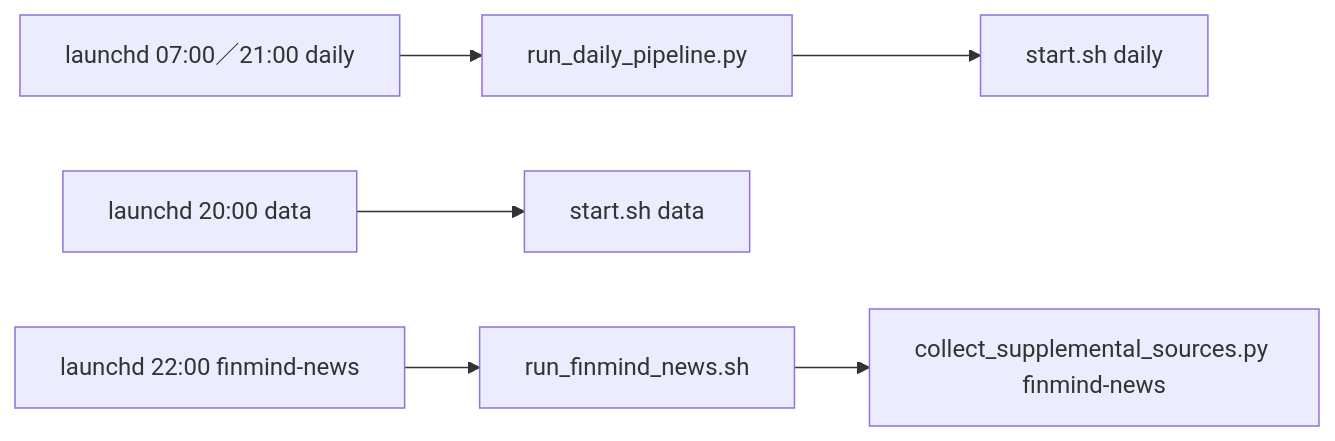
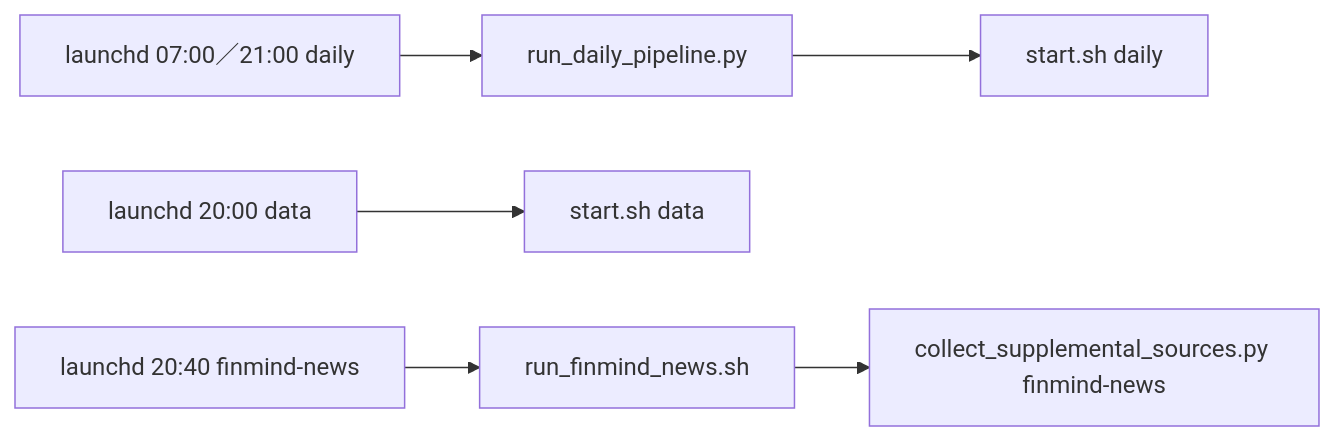
Before and after one commit to zxcvb8885123/ETF-AGENTS: the second of 2 diagrams in scripts/README.md, drawn with Mermaid. The commit also changed other lines of this file and 2 other files, not shown here.

Commit message:
#103 個股新聞排程由 22:00 提前到平日 20:40
Date: 27 Oct
Start: 19:00
End: 19:10

Notes:
- finmind-news 排程樣板改為平日 20:40：離 20:00 財報請求隔 40 分鐘避開額度，並在 21:00 決策之前抓完（過去一批約 3 分鐘），21:00 備案看得到當晚新聞。
- 同步 scripts/README.md 的排程表與流程圖，以及 company_news 契約的批次說明註解。

````diff
--- a/scripts/README.md
+++ b/scripts/README.md
@@ -76,8 +76,8 @@
 ```mermaid
 flowchart LR
     L1[launchd 07:00／21:00 daily] --> RDP[run_daily_pipeline.py]
     L2[launchd 20:00 data] --> SA[start.sh data]
-    L3[launchd 22:00 finmind-news] --> RFN[run_finmind_news.sh]
+    L3[launchd 20:40 finmind-news] --> RFN[run_finmind_news.sh]
     RDP --> SD[start.sh daily]
     RFN --> CSS[collect_supplemental_sources.py finmind-news]
 ```
````
